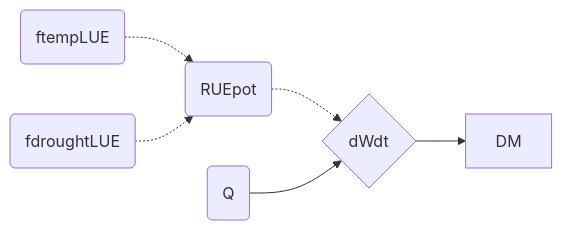
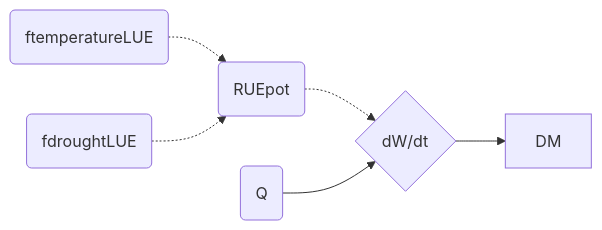
The diagram in SugarBeet_CropModel.qmd (tillrose/SugarBeet_CropModel), drawn with Mermaid before and after one commit. The commit also changed other lines of this file and 3 other files, not shown here.

````diff
--- a/SugarBeet_CropModel.qmd
+++ b/SugarBeet_CropModel.qmd
@@ -52,10 +53,10 @@
 ```{mermaid}
 
 flowchart LR
   A(RUEpot) -.-> F
-  C(ftempLUE) -.-> A
+  C(ftemperatureLUE) -.-> A
   D(fdroughtLUE) -.-> A
-  E(Q) --> F{dWdt}
+  E(Q) --> F{dW/dt}
   F --> B[DM]
   
 ```
````
